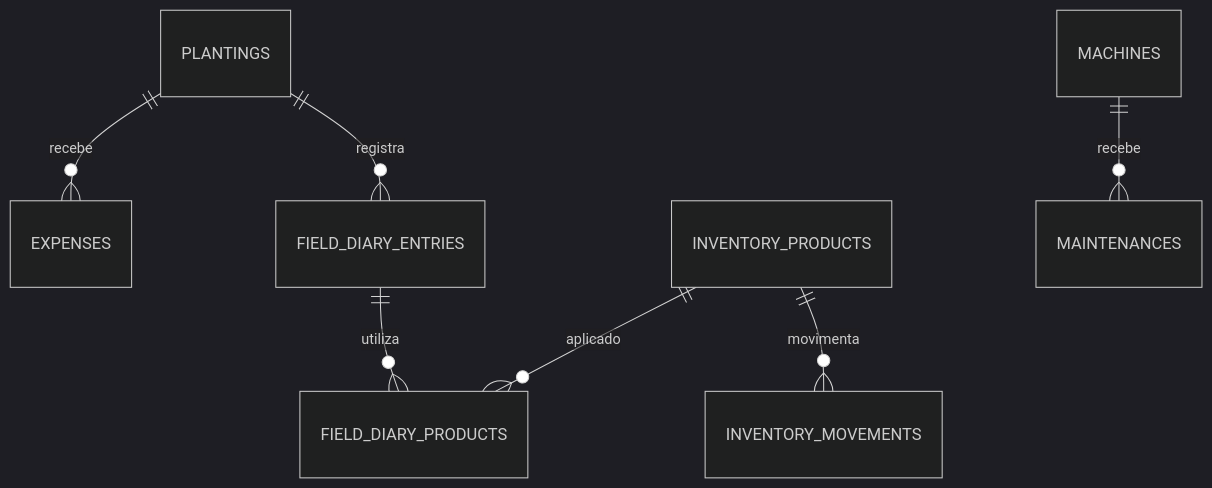
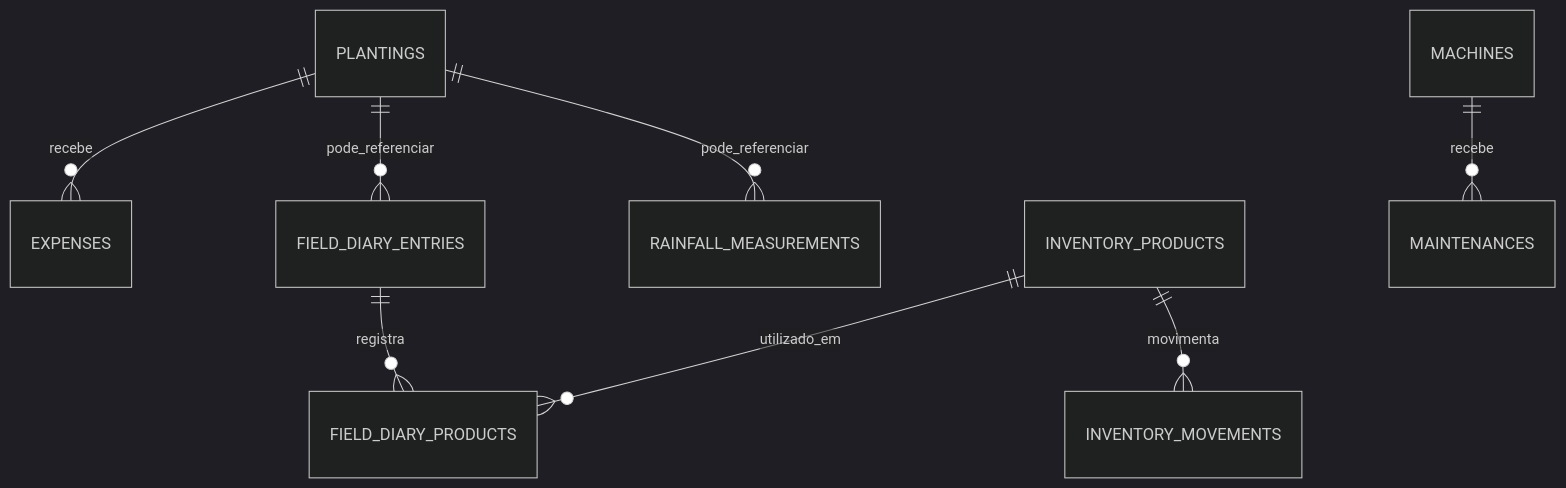
Before and after one commit to RodrigoPWalter/agrogestor: the diagram in docs/DATABASE_MODEL.md, drawn with Mermaid (dark theme). The commit also changed other lines of this file and 3 other files, not shown here.

````diff
--- a/docs/DATABASE_MODEL.md
+++ b/docs/DATABASE_MODEL.md
@@ -8,9 +7,10 @@
 ```mermaid
 erDiagram
     PLANTINGS ||--o{ EXPENSES : recebe
-    PLANTINGS ||--o{ FIELD_DIARY_ENTRIES : registra
-    FIELD_DIARY_ENTRIES ||--o{ FIELD_DIARY_PRODUCTS : utiliza
-    INVENTORY_PRODUCTS ||--o{ FIELD_DIARY_PRODUCTS : aplicado
+    PLANTINGS ||--o{ FIELD_DIARY_ENTRIES : pode_referenciar
+    PLANTINGS ||--o{ RAINFALL_MEASUREMENTS : pode_referenciar
+    FIELD_DIARY_ENTRIES ||--o{ FIELD_DIARY_PRODUCTS : registra
+    INVENTORY_PRODUCTS ||--o{ FIELD_DIARY_PRODUCTS : utilizado_em
     INVENTORY_PRODUCTS ||--o{ INVENTORY_MOVEMENTS : movimenta
     MACHINES ||--o{ MAINTENANCES : recebe
 ```
````
